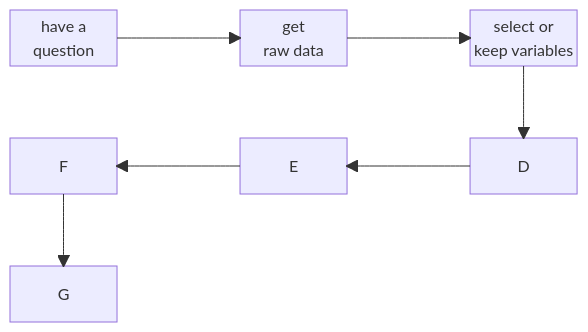
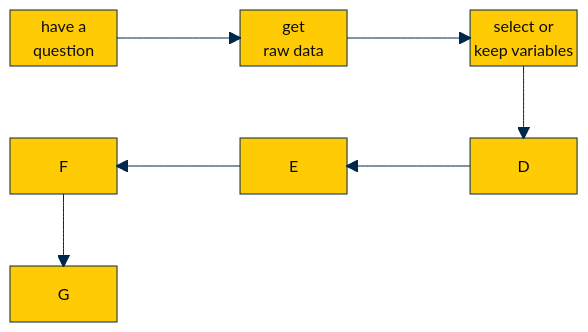
One commit to agrogan1/Stata changed the second of 2 diagrams in do-files/README.md. Above: the diagram before and after it, drawn with Mermaid.

````diff
--- a/do-files/README.md
+++ b/do-files/README.md
@@ -29,16 +29,32 @@
 ```mermaid
+%%{
+  init: {
+    'theme': 'base',
+    'look': 'handDrawn',
+    'themeVariables': {
+      'primaryColor': '#FFCB05',
+      'primaryTextColor': '#000000',
+      'primaryBorderColor': '#00274C',
+      'lineColor': '#00274C',
+      'secondaryColor': '#00274C',
+      'secondaryTextColor': '#000000',
+      'tertiaryColor': '#F2F2F2',
+      'tertiaryBorderColor': '#00274C'
+    }
+  }
+}%%
 block-beta
    columns 5
    A["have a <br>question"] space B["get <br> raw data"] space C["select or <br>keep variables"]
    space space space space space
    F space E space D
    space space space space space
    G space space space space
 
    A --> B
    B --> C
    C --> D
    D --> E
    E --> F
    F --> G
 ```
````
